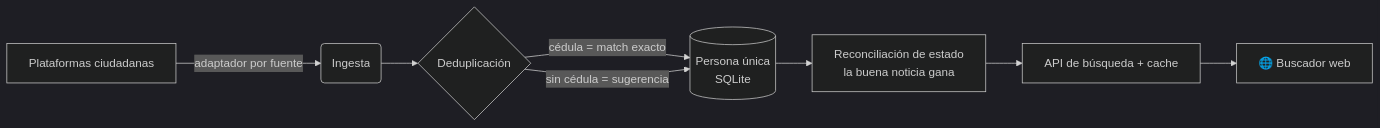
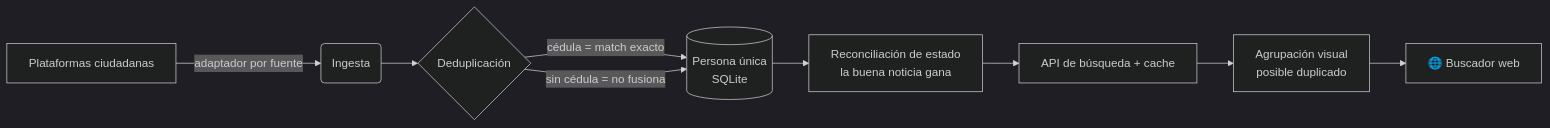
Before and after one commit to reandimo/vzla-finder: the diagram in README.md, drawn with Mermaid (dark theme). The commit also changed other lines of this file and 6 other files, not shown here.

````diff
--- a/README.md
+++ b/README.md
@@ -42,10 +42,11 @@
 ```mermaid
 flowchart LR
     A[Plataformas ciudadanas] -->|adaptador por fuente| B(Ingesta)
     B --> C{Deduplicación}
     C -->|cédula = match exacto| D[(Persona única<br/>SQLite)]
-    C -->|sin cédula = sugerencia| D
+    C -->|sin cédula = no fusiona| D
     D --> E[Reconciliación de estado<br/>la buena noticia gana]
     E --> F[API de búsqueda + cache]
-    F --> G[🌐 Buscador web]
+    F --> H[Agrupación visual<br/>posible duplicado]
+    H --> G[🌐 Buscador web]
 ```
````
